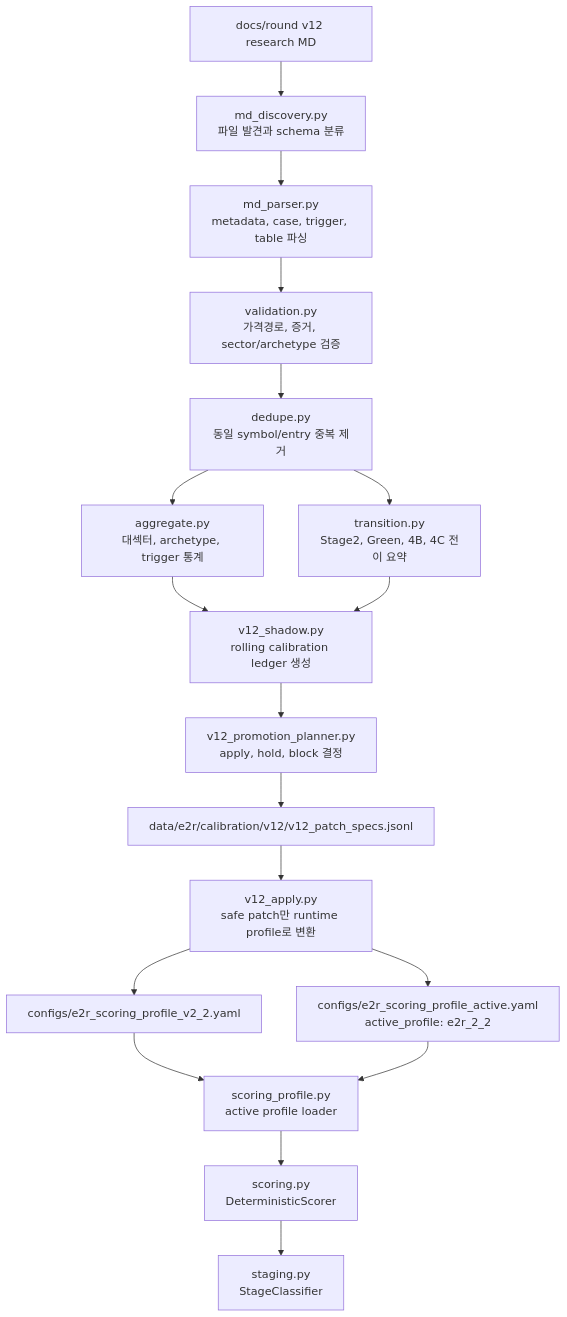
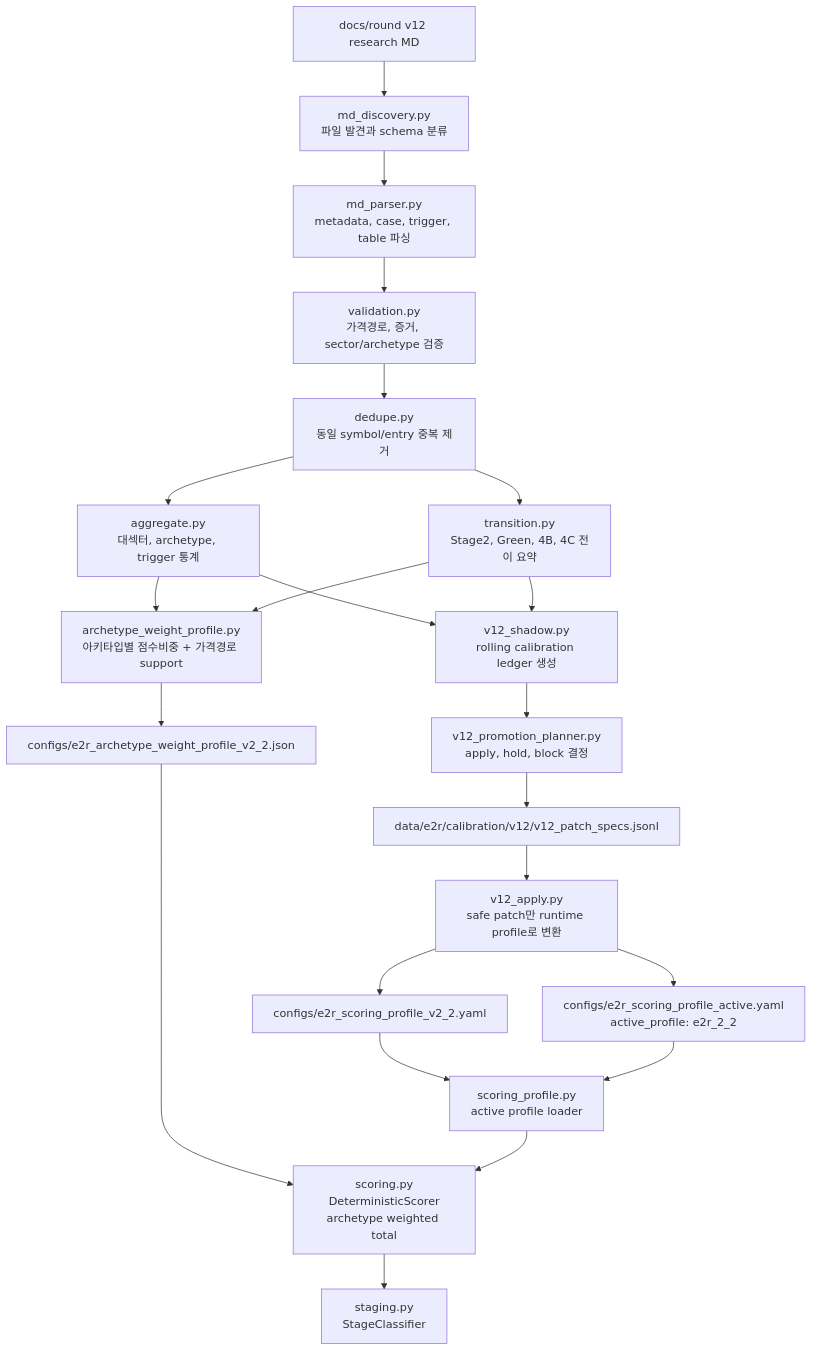
The first of 2 diagrams in docs/core/v12_rolling_calibration_architecture.md (Daikisong/stock_agent), drawn with Mermaid before and after one commit. The commit also changed other lines of this file and 12 other files, not shown here.

Commit message:
아키타입별 점수비중 런타임 반영

````diff
--- a/docs/core/v12_rolling_calibration_architecture.md
+++ b/docs/core/v12_rolling_calibration_architecture.md
@@ -33,20 +33,24 @@
 ```mermaid
 flowchart TD
     A[docs/round v12 research MD] --> B[md_discovery.py<br/>파일 발견과 schema 분류]
     B --> C[md_parser.py<br/>metadata, case, trigger, table 파싱]
     C --> D[validation.py<br/>가격경로, 증거, sector/archetype 검증]
     D --> E[dedupe.py<br/>동일 symbol/entry 중복 제거]
     E --> F[aggregate.py<br/>대섹터, archetype, trigger 통계]
     E --> G[transition.py<br/>Stage2, Green, 4B, 4C 전이 요약]
     F --> H[v12_shadow.py<br/>rolling calibration ledger 생성]
     G --> H
     H --> I[v12_promotion_planner.py<br/>apply, hold, block 결정]
     I --> J[data/e2r/calibration/v12/v12_patch_specs.jsonl]
     J --> K[v12_apply.py<br/>safe patch만 runtime profile로 변환]
+    F --> W[archetype_weight_profile.py<br/>아키타입별 점수비중 + 가격경로 support]
+    G --> W
+    W --> X[configs/e2r_archetype_weight_profile_v2_2.json]
     K --> L[configs/e2r_scoring_profile_v2_2.yaml]
     K --> M[configs/e2r_scoring_profile_active.yaml<br/>active_profile: e2r_2_2]
     L --> N[scoring_profile.py<br/>active profile loader]
+    X --> O
     M --> N
-    N --> O[scoring.py<br/>DeterministicScorer]
+    N --> O[scoring.py<br/>DeterministicScorer<br/>archetype weighted total]
     O --> P[staging.py<br/>StageClassifier]
 ```
````
